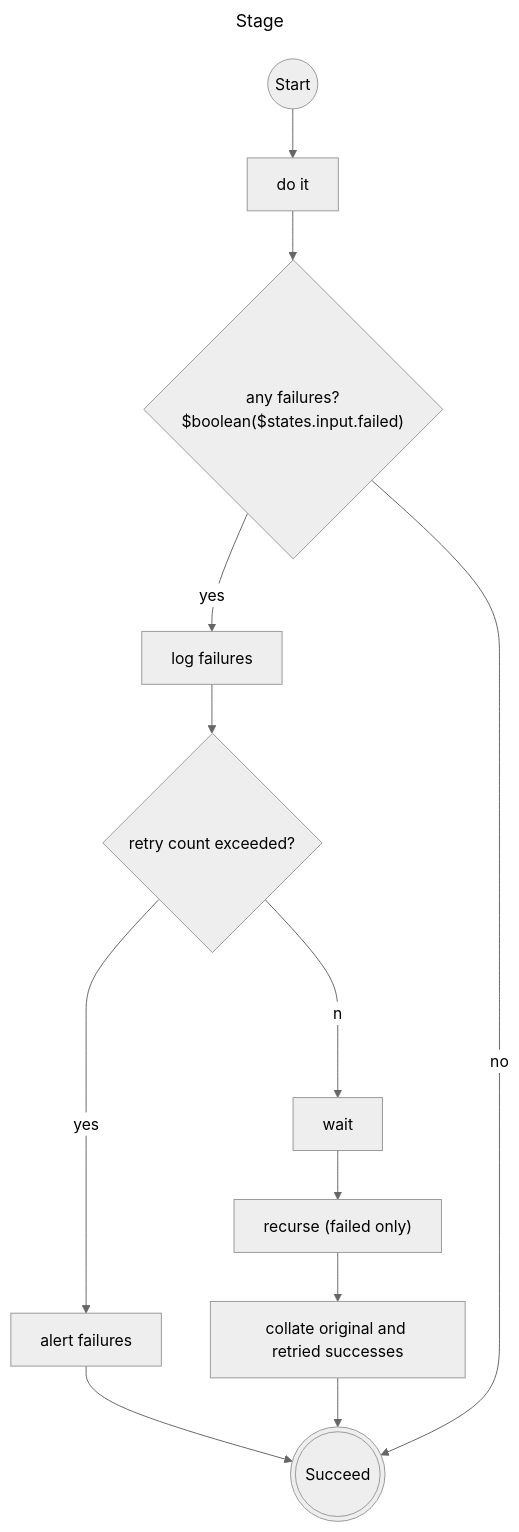
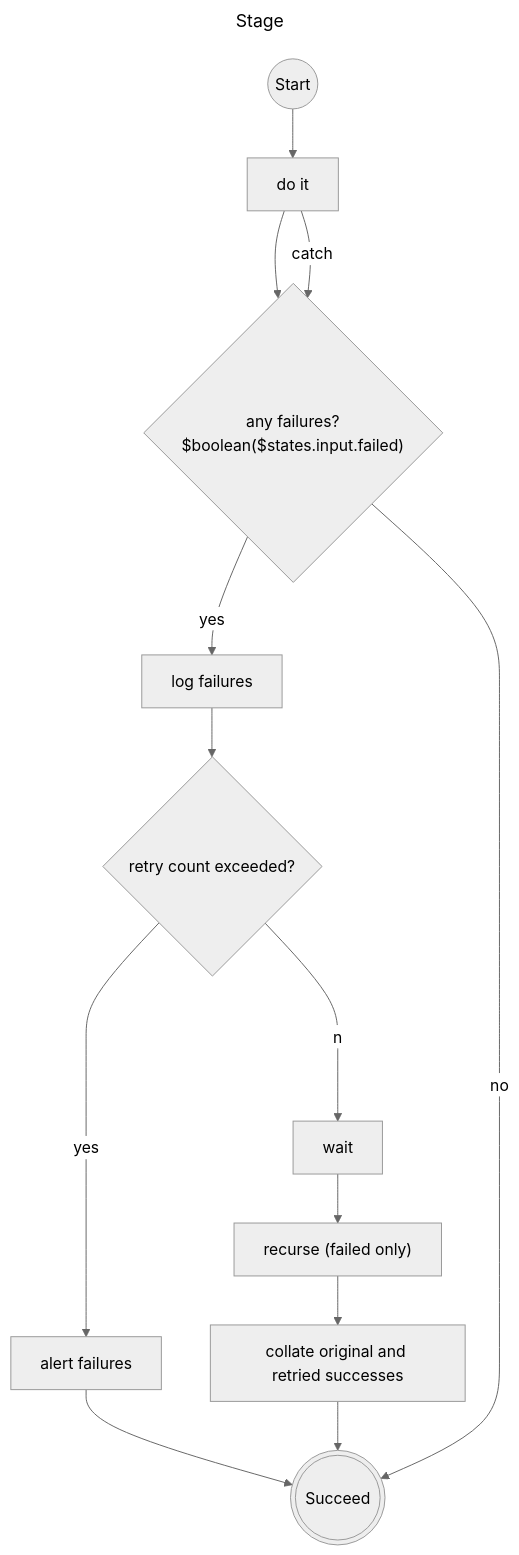
One commit to wellcomecollection/docs changed the second of 2 diagrams in rfcs/080-pipeline-failures/README.md. Above: the diagram before and after it, drawn with Mermaid (neutral theme). The commit also changed other lines of this file, not shown here.

````diff
--- a/rfcs/080-pipeline-failures/README.md
+++ b/rfcs/080-pipeline-failures/README.md
@@ -240,16 +255,17 @@
 ```mermaid
 ---
 title: Stage
 ---
 flowchart TD
 Start((Start)) --> main["do it"] --> failures{"any failures?
 $boolean($states.input.failed)"}
+main -- catch --> failures
 failures -- yes --> report_failures1["log failures"]
 retryq -- yes -->  alert["alert failures"] --> End
 failures -- no --> End
 report_failures1 --> retryq{"retry count exceeded?"}
 retryq -- no--> wait["wait"]
 wait --> retry["recurse (failed only)"] --> collate["collate original and retried successes"]
 collate --> End
 End(((Succeed)))
 ```
````
